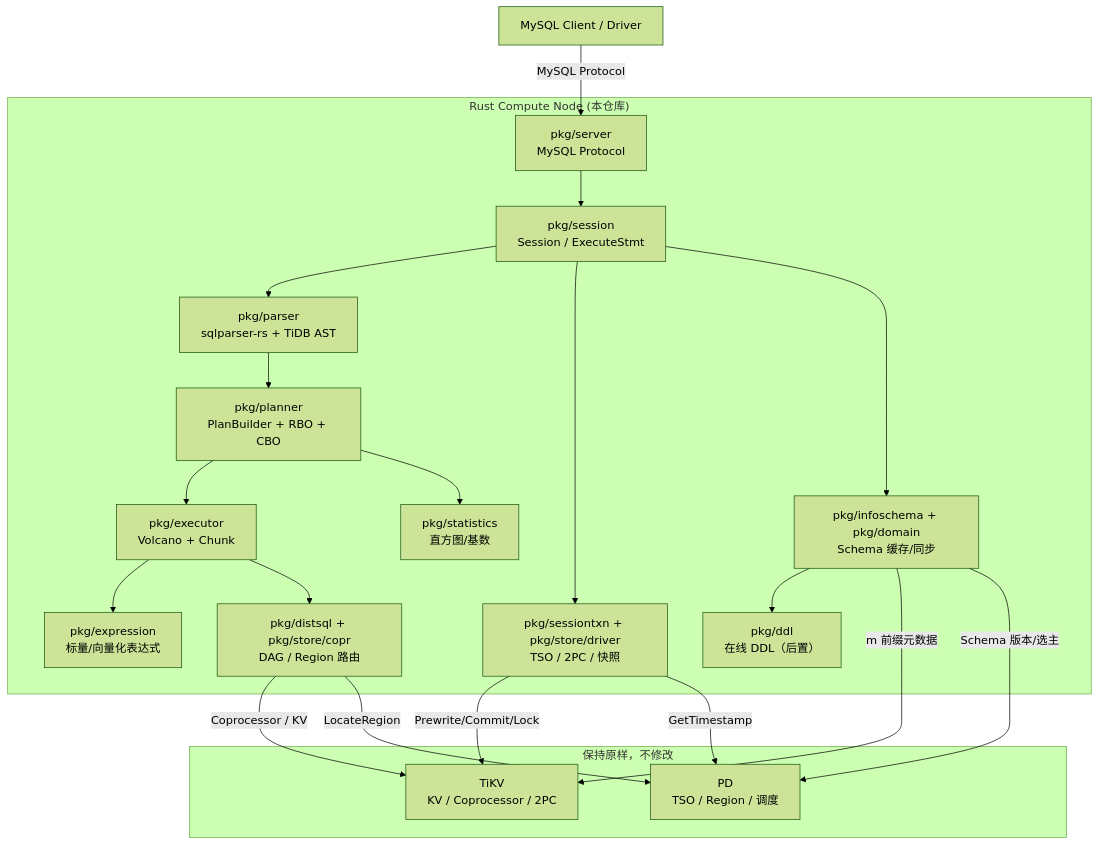
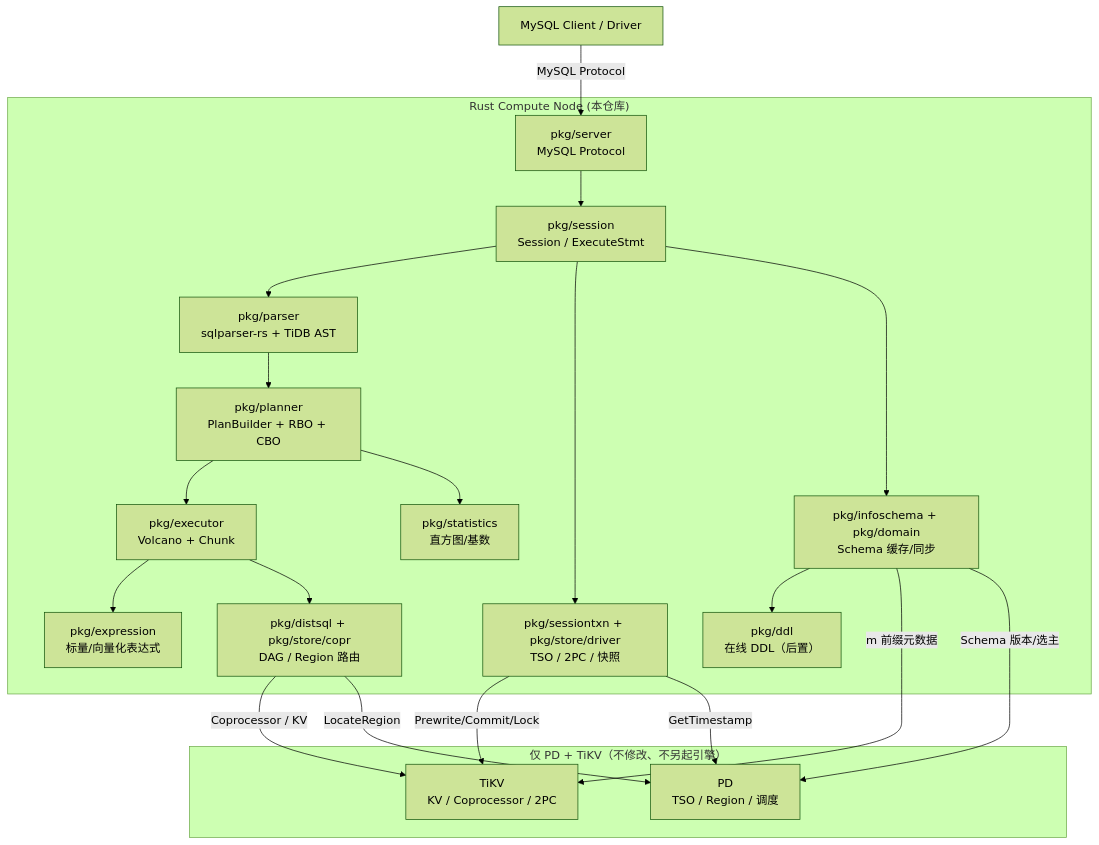
The first of 2 diagrams in project/architecture.md (sealdb/sealdb), drawn with Mermaid (forest theme) before and after one commit. The commit also changed 8 other files, not shown here.

````diff
--- a/project/architecture.md
+++ b/project/architecture.md
@@ -11,37 +11,37 @@
 ```mermaid
 flowchart TB
   Client[MySQL Client / Driver]
   subgraph Compute["Rust Compute Node (本仓库)"]
     SRV[pkg/server<br/>MySQL Protocol]
     SES[pkg/session<br/>Session / ExecuteStmt]
     PAR[pkg/parser<br/>sqlparser-rs + TiDB AST]
     PLN[pkg/planner<br/>PlanBuilder + RBO + CBO]
     EXE[pkg/executor<br/>Volcano + Chunk]
     EXP[pkg/expression<br/>标量/向量化表达式]
     DS[pkg/distsql + pkg/store/copr<br/>DAG / Region 路由]
     TXN[pkg/sessiontxn + pkg/store/driver<br/>TSO / 2PC / 快照]
     META[pkg/infoschema + pkg/domain<br/>Schema 缓存/同步]
     DDL[pkg/ddl<br/>在线 DDL（后置）]
     STAT[pkg/statistics<br/>直方图/基数]
   end
-  subgraph Storage["保持原样，不修改"]
+  subgraph Storage["仅 PD + TiKV（不修改、不另起引擎）"]
     PD[PD<br/>TSO / Region / 调度]
     TIKV[TiKV<br/>KV / Coprocessor / 2PC]
   end
 
   Client -->|MySQL Protocol| SRV
   SRV --> SES
   SES --> PAR --> PLN --> EXE
   PLN --> STAT
   EXE --> EXP
   EXE --> DS
   SES --> TXN
   SES --> META
   META --> DDL
   DS -->|Coprocessor / KV| TIKV
   TXN -->|Prewrite/Commit/Lock| TIKV
   TXN -->|GetTimestamp| PD
   DS -->|LocateRegion| PD
   META -->|m 前缀元数据| TIKV
   META -->|Schema 版本/选主| PD
 ```
````
